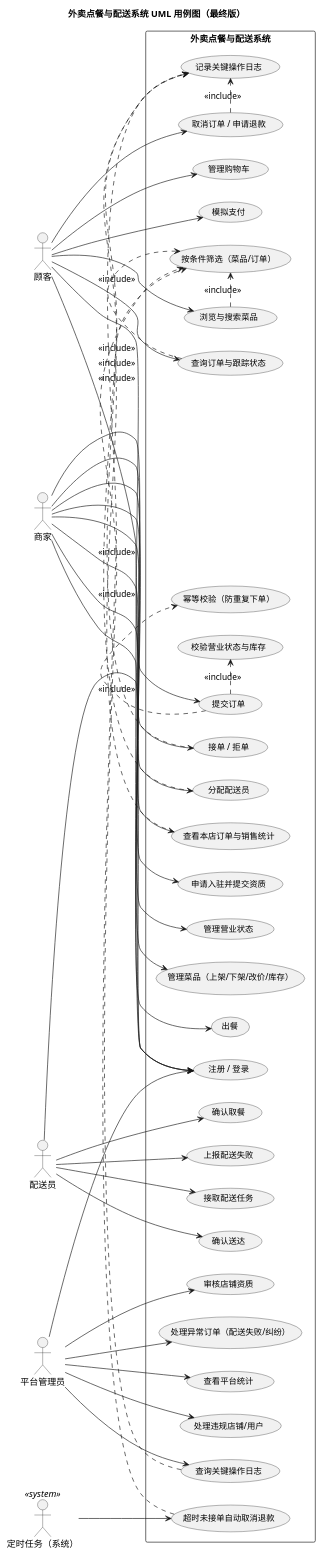
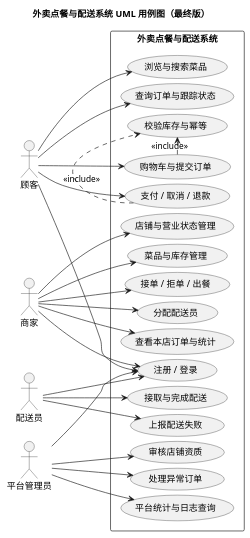
One commit to JZCTX/SEpa2026 changed the diagram in 实验2/UML/UML用例图.puml. Above: the diagram before and after it, drawn with PlantUML. The commit also changed 6 other files, not shown here.

Commit message:
lab2: 重绘用例图/活动图/组件图并统一 AI 记录数量口径（人工复核）

```diff
--- a/实验2/UML/UML用例图.puml
+++ b/实验2/UML/UML用例图.puml
@@ -1,95 +1,65 @@
 @startuml
 left to right direction
 skinparam defaultFontName "Microsoft YaHei"
 skinparam backgroundColor #FFFFFF
 skinparam shadowing false
-skinparam usecaseFontSize 13
+skinparam usecaseFontSize 14
+skinparam nodesep 8
+skinparam ranksep 34
 skinparam packageStyle rectangle
 
 title 外卖点餐与配送系统 UML 用例图（最终版）
 
 actor "顾客" as C
 actor "商家" as M
 actor "配送员" as D
 actor "平台管理员" as A
-actor "定时任务（系统）" as T <<system>>
 
 rectangle "外卖点餐与配送系统" {
-  usecase "注册 / 登录" as UC01
-  usecase "浏览与搜索菜品" as UC02
-  usecase "管理购物车" as UC03
-  usecase "提交订单" as UC04
-  usecase "模拟支付" as UC05
-  usecase "取消订单 / 申请退款" as UC06
-  usecase "查询订单与跟踪状态" as UC07
-  usecase "按条件筛选（菜品/订单）" as UC08
+  usecase "注册 / 登录" as U01
+  usecase "浏览与搜索菜品" as U02
+  usecase "购物车与提交订单" as U03
+  usecase "支付 / 取消 / 退款" as U04
+  usecase "查询订单与跟踪状态" as U05
 
-  usecase "申请入驻并提交资质" as UC10
-  usecase "管理营业状态" as UC11
-  usecase "管理菜品（上架/下架/改价/库存）" as UC12
-  usecase "接单 / 拒单" as UC13
-  usecase "出餐" as UC14
-  usecase "分配配送员" as UC15
-  usecase "查看本店订单与销售统计" as UC16
+  usecase "店铺与营业状态管理" as U06
+  usecase "菜品与库存管理" as U07
+  usecase "接单 / 拒单 / 出餐" as U08
+  usecase "分配配送员" as U09
+  usecase "查看本店订单与统计" as U10
 
-  usecase "接取配送任务" as UC20
-  usecase "确认取餐" as UC21
-  usecase "确认送达" as UC22
-  usecase "上报配送失败" as UC23
+  usecase "接取与完成配送" as U11
+  usecase "上报配送失败" as U12
 
-  usecase "审核店铺资质" as UC30
-  usecase "处理异常订单（配送失败/纠纷）" as UC31
-  usecase "查看平台统计" as UC32
-  usecase "查询关键操作日志" as UC33
-  usecase "处理违规店铺/用户" as UC34
-
-  usecase "校验营业状态与库存" as UC40
-  usecase "幂等校验（防重复下单）" as UC41
-  usecase "超时未接单自动取消退款" as UC42
-  usecase "记录关键操作日志" as UC43
+  usecase "审核店铺资质" as U13
+  usecase "处理异常订单" as U14
+  usecase "平台统计与日志查询" as U15
+  usecase "校验库存与幂等" as U16
 }
 
-C --> UC01
-C --> UC02
-C --> UC03
-C --> UC04
-C --> UC05
-C --> UC06
-C --> UC07
+C --> U01
+C --> U02
+C --> U03
+C --> U04
+C --> U05
 
-M --> UC01
-M --> UC10
-M --> UC11
-M --> UC12
-M --> UC13
-M --> UC14
-M --> UC15
-M --> UC16
+M --> U01
+M --> U06
+M --> U07
+M --> U08
+M --> U09
+M --> U10
 
-D --> UC01
-D --> UC20
-D --> UC21
-D --> UC22
-D --> UC23
+D --> U01
+D --> U11
+D --> U12
 
-A --> UC01
-A --> UC30
-A --> UC31
-A --> UC32
-A --> UC33
-A --> UC34
+A --> U01
+A --> U13
+A --> U14
+A --> U15
 
-T --> UC42
-
-UC02 .> UC08 : <<include>>
-UC07 .> UC08 : <<include>>
-UC04 .> UC40 : <<include>>
-UC04 .> UC41 : <<include>>
-UC06 .> UC43 : <<include>>
-UC13 .> UC43 : <<include>>
-UC15 .> UC43 : <<include>>
-UC16 .> UC08 : <<include>>
-UC33 .> UC08 : <<include>>
-UC42 .> UC43 : <<include>>
+U03 .> U16 : <<include>>
+U04 .> U16 : <<include>>
 
 @enduml
```
